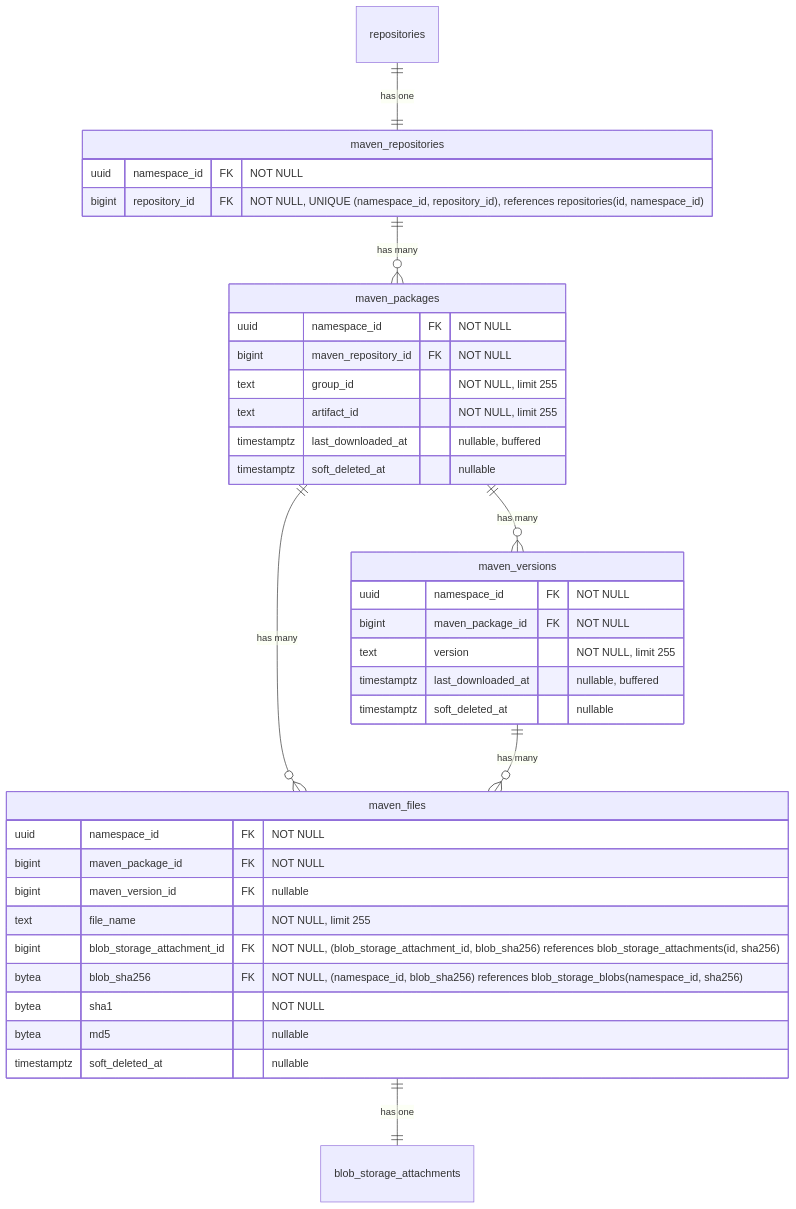
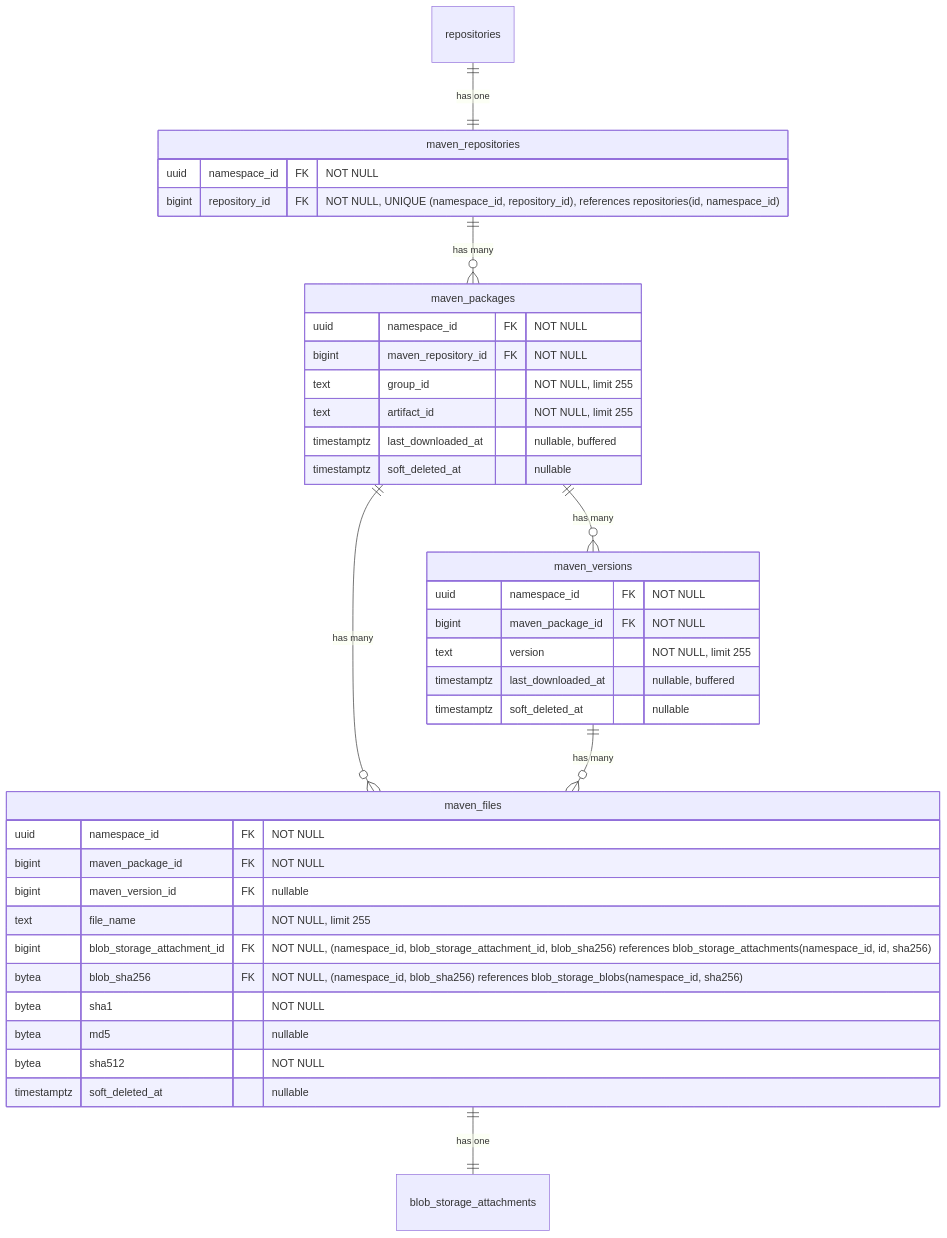
Before and after one commit to kyama0/gitlab-handbook-ja: the tenth of 19 diagrams in content/handbook/engineering/architecture/design-documents/artifact_registry/decisions/007_database_schema.md, drawn with Mermaid. The commit also changed other lines of this file and 1 other file, not shown here.

First line of the commit message:
translation: batch 2026-05-18-1 part 2 (ADR-007 database schema)

````diff
--- a/content/handbook/engineering/architecture/design-documents/artifact_registry/decisions/007_database_schema.md
+++ b/content/handbook/engineering/architecture/design-documents/artifact_registry/decisions/007_database_schema.md
@@ -632,43 +685,44 @@
 ```mermaid
 erDiagram
     repositories ||--|| maven_repositories : "has one"
     maven_repositories ||--o{ maven_packages : "has many"
     maven_packages ||--o{ maven_versions : "has many"
     maven_packages ||--o{ maven_files : "has many"
     maven_versions ||--o{ maven_files : "has many"
     maven_files ||--|| blob_storage_attachments : "has one"
 
     maven_repositories {
         uuid namespace_id FK "NOT NULL"
         bigint repository_id FK "NOT NULL, UNIQUE (namespace_id, repository_id), references repositories(id, namespace_id)"
     }
 
     maven_packages {
         uuid namespace_id FK "NOT NULL"
         bigint maven_repository_id FK "NOT NULL"
         text group_id "NOT NULL, limit 255"
         text artifact_id "NOT NULL, limit 255"
         timestamptz last_downloaded_at "nullable, buffered"
         timestamptz soft_deleted_at "nullable"
     }
 
     maven_versions {
         uuid namespace_id FK "NOT NULL"
         bigint maven_package_id FK "NOT NULL"
         text version "NOT NULL, limit 255"
         timestamptz last_downloaded_at "nullable, buffered"
         timestamptz soft_deleted_at "nullable"
     }
 
     maven_files {
         uuid namespace_id FK "NOT NULL"
         bigint maven_package_id FK "NOT NULL"
         bigint maven_version_id FK "nullable"
         text file_name "NOT NULL, limit 255"
-        bigint blob_storage_attachment_id FK "NOT NULL, (blob_storage_attachment_id, blob_sha256) references blob_storage_attachments(id, sha256)"
+        bigint blob_storage_attachment_id FK "NOT NULL, (namespace_id, blob_storage_attachment_id, blob_sha256) references blob_storage_attachments(namespace_id, id, sha256)"
         bytea blob_sha256 FK "NOT NULL, (namespace_id, blob_sha256) references blob_storage_blobs(namespace_id, sha256)"
         bytea sha1 "NOT NULL"
         bytea md5 "nullable"
+        bytea sha512 "NOT NULL"
         timestamptz soft_deleted_at "nullable"
     }
 ```
````
